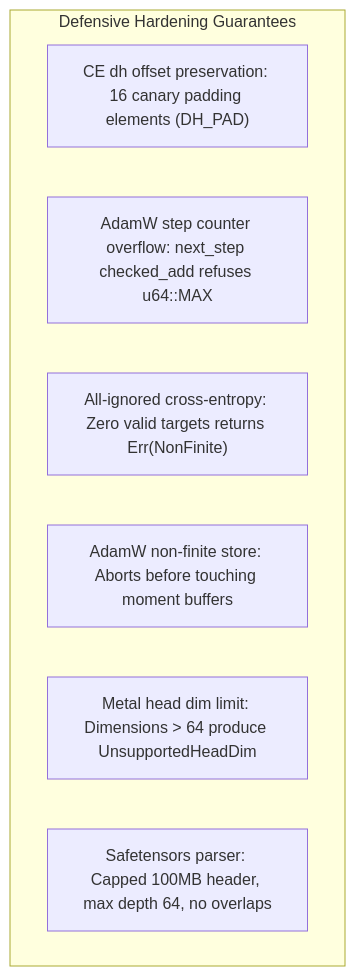
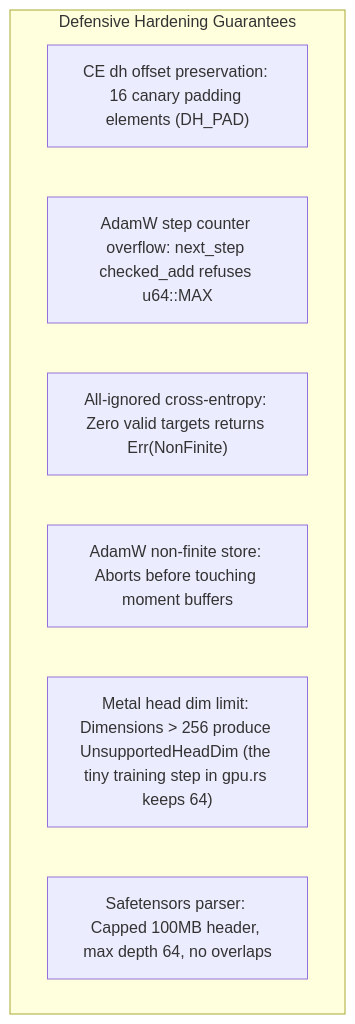
The second of 2 diagrams in docs/status.md (bharathvbcr/ojas), drawn with Mermaid before and after one commit. The commit also changed 6 other files, not shown here.

First line of the commit message:
docs: correct Go 1.26 requirement, Metal head-dim cap, bench citations and tessl prune status; regen reference pages

````diff
--- a/docs/status.md
+++ b/docs/status.md
@@ -114,11 +114,11 @@
 ```mermaid
 flowchart TD
     subgraph InvariantChecks["Defensive Hardening Guarantees"]
         C1["CE dh offset preservation: 16 canary padding elements (DH_PAD)"]
         C2["AdamW step counter overflow: next_step checked_add refuses u64::MAX"]
         C3["All-ignored cross-entropy: Zero valid targets returns Err(NonFinite)"]
         C4["AdamW non-finite store: Aborts before touching moment buffers"]
-        C5["Metal head dim limit: Dimensions > 64 produce UnsupportedHeadDim"]
+        C5["Metal head dim limit: Dimensions > 256 produce UnsupportedHeadDim (the tiny training step in gpu.rs keeps 64)"]
         C6["Safetensors parser: Capped 100MB header, max depth 64, no overlaps"]
     end
 ```
````
